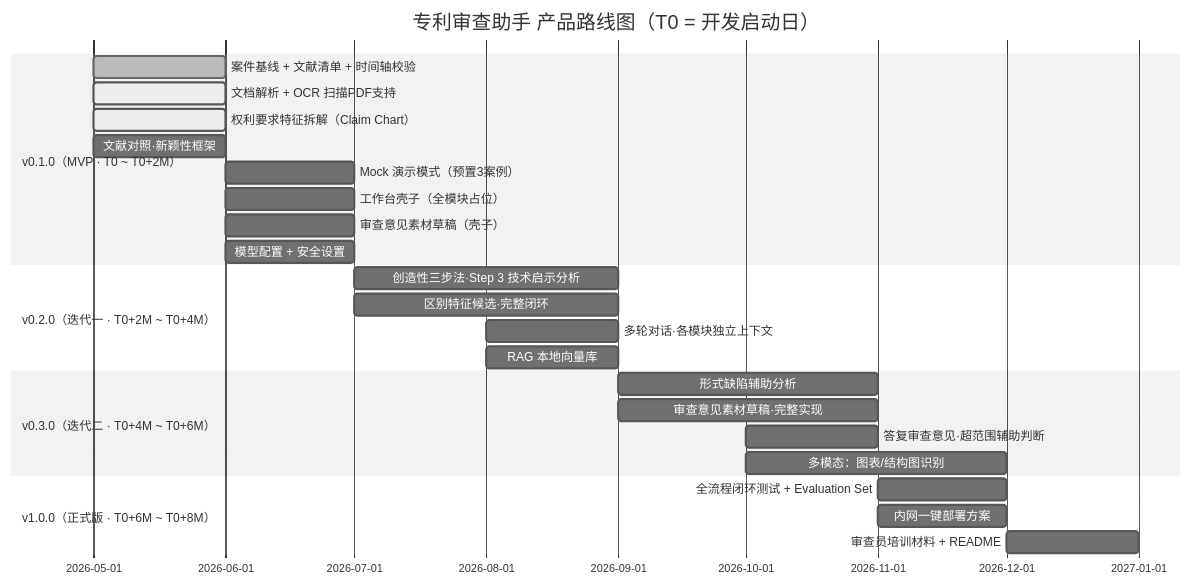
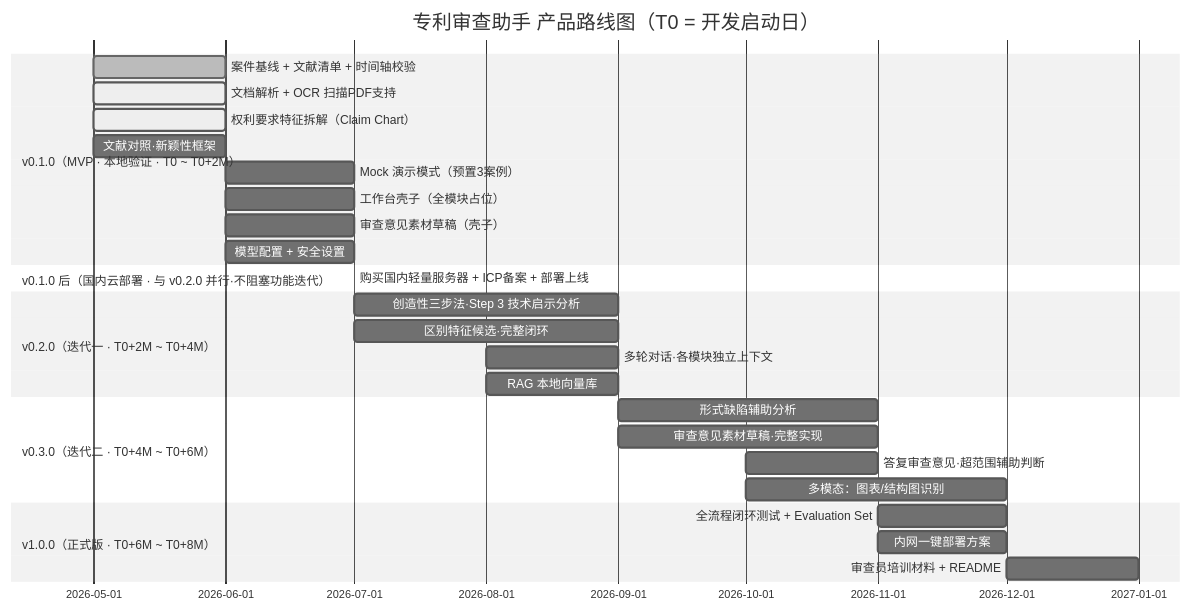
The fifth of 5 diagrams in PRD-v0.1.0.md (wukun2005-gif/patentExaminator), drawn with Mermaid (neutral theme) before and after one commit. The commit also changed other lines of this file and 1 other file, not shown here.

````diff
--- a/PRD-v0.1.0.md
+++ b/PRD-v0.1.0.md
@@ -466,28 +481,30 @@
 ```mermaid
 gantt
     title 专利审查助手 产品路线图（T0 = 开发启动日）
     dateFormat  YYYY-MM
-    section v0.1.0（MVP · T0 ~ T0+2M）
+    section v0.1.0（MVP · 本地验证 · T0 ~ T0+2M）
     案件基线 + 文献清单 + 时间轴校验    :done,    2026-05, 1M
     文档解析 + OCR 扫描PDF支持          :active,  2026-05, 1M
     权利要求特征拆解（Claim Chart）      :active,  2026-05, 1M
     文献对照·新颖性框架                  :         2026-05, 1M
     Mock 演示模式（预置3案例）            :         2026-06, 1M
     工作台壳子（全模块占位）              :         2026-06, 1M
     审查意见素材草稿（壳子）              :         2026-06, 1M
     模型配置 + 安全设置                  :         2026-06, 1M
+    section v0.1.0 后（国内云部署 · 与 v0.2.0 并行·不阻塞功能迭代）
+    购买国内轻量服务器 + ICP备案 + 部署上线  :         2026-07, 0.5M
     section v0.2.0（迭代一 · T0+2M ~ T0+4M）
     创造性三步法·Step 3 技术启示分析     :         2026-07, 2M
     区别特征候选·完整闭环                :         2026-07, 2M
     多轮对话·各模块独立上下文            :         2026-08, 1M
     RAG 本地向量库                       :         2026-08, 1M
     section v0.3.0（迭代二 · T0+4M ~ T0+6M）
     形式缺陷辅助分析                     :         2026-09, 2M
     审查意见素材草稿·完整实现            :         2026-09, 2M
     答复审查意见·超范围辅助判断          :         2026-10, 1M
     多模态：图表/结构图识别              :         2026-10, 2M
     section v1.0.0（正式版 · T0+6M ~ T0+8M）
     全流程闭环测试 + Evaluation Set      :         2026-11, 1M
     内网一键部署方案                     :         2026-11, 1M
     审查员培训材料 + README              :         2026-12, 1M
 ```
````
